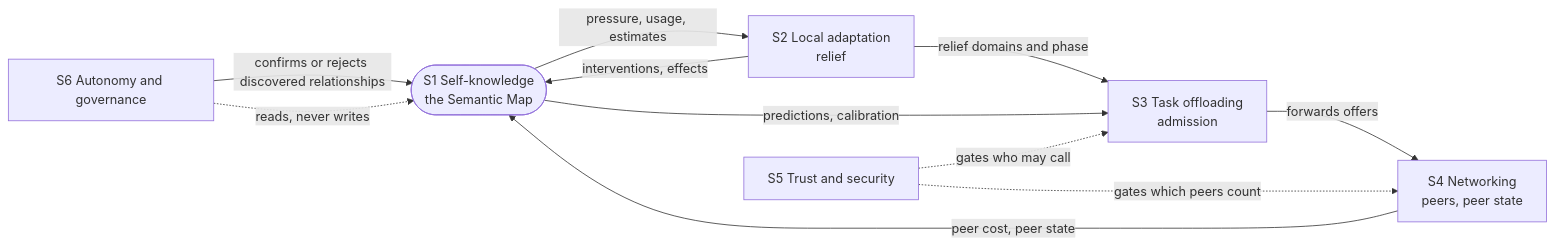
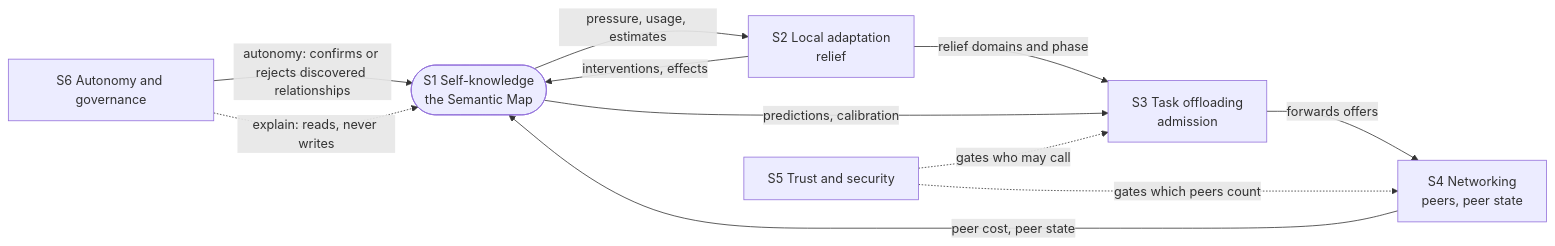
Before and after one commit to DiyazY/di-agent: the first of 21 diagrams in docs/architecture-diagrams.md, drawn with Mermaid. The commit also changed other lines of this file and 10 other files, not shown here.

First line of the commit message:
docs: correct diagrams and contract counts from PR review

````diff
--- a/docs/architecture-diagrams.md
+++ b/docs/architecture-diagrams.md
@@ -36,20 +36,20 @@
 ```mermaid
 flowchart LR
     S1(["S1 Self-knowledge<br/>the Semantic Map"])
     S2["S2 Local adaptation<br/>relief"]
     S3["S3 Task offloading<br/>admission"]
     S4["S4 Networking<br/>peers, peer state"]
     S5["S5 Trust and security"]
     S6["S6 Autonomy and governance"]
 
     S1 -->|pressure, usage, estimates| S2
     S2 -->|interventions, effects| S1
     S2 -->|relief domains and phase| S3
     S1 -->|predictions, calibration| S3
     S3 -->|forwards offers| S4
     S4 -->|peer cost, peer state| S1
     S5 -.->|gates which peers count| S4
     S5 -.->|gates who may call| S3
-    S6 -->|confirms or rejects discovered relationships| S1
-    S6 -.->|reads, never writes| S1
+    S6 -->|autonomy: confirms or rejects discovered relationships| S1
+    S6 -.->|explain: reads, never writes| S1
 ```
````
